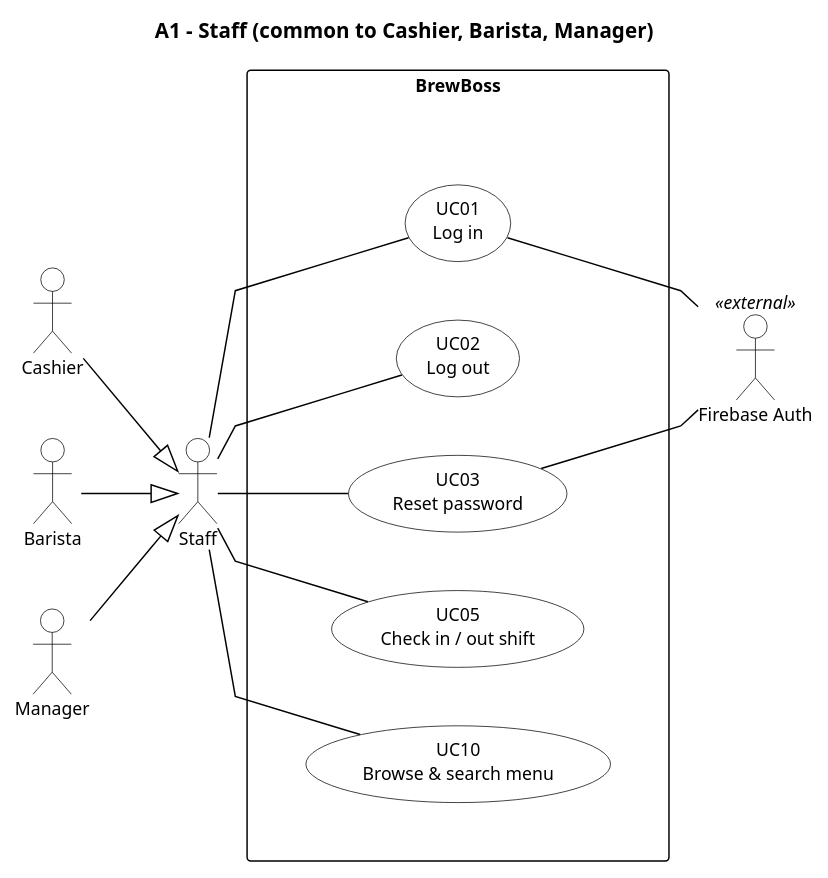
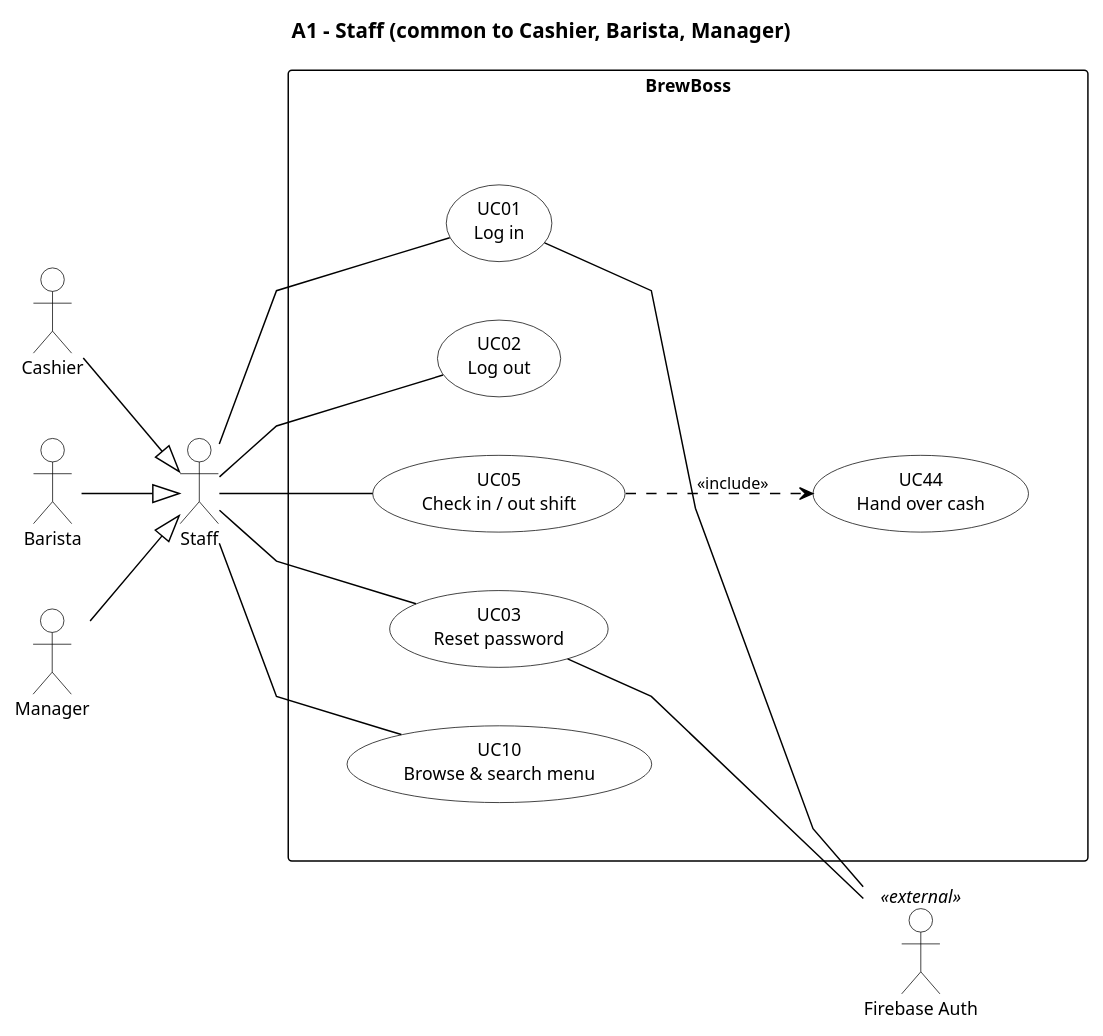
Before and after one commit to huytran303/CafeManagementSystem: the diagram in docs/diagrams/A1_Staff.puml, drawn with PlantUML. The commit also changed 23 other files, not shown here.

```diff
--- a/docs/diagrams/A1_Staff.puml
+++ b/docs/diagrams/A1_Staff.puml
@@ -1,64 +1,67 @@
 @startuml BB_A1_Staff
 left to right direction
 skinparam linetype polyline
 skinparam nodesep 40
 skinparam ranksep 60
 skinparam backgroundColor White
 skinparam shadowing false
 skinparam defaultFontName Helvetica
 skinparam defaultFontSize 12
 skinparam ArrowColor Black
 skinparam ArrowFontSize 11
 skinparam actor {
   BackgroundColor White
   BorderColor Black
 }
 skinparam usecase {
   BackgroundColor White
   BorderColor Black
 }
 skinparam rectangle {
   BackgroundColor White
   BorderColor Black
 }
 skinparam package {
   BackgroundColor White
   BorderColor Black
 }
 ' inner frame: invisible, only adds padding inside the system boundary
 skinparam rectangle<<inner>> {
   BorderColor Transparent
   FontColor Transparent
 }
 hide <<inner>> stereotype
 
 title A1 - Staff (common to Cashier, Barista, Manager)
 actor "Staff" as STAFF
 actor "Cashier" as CAS
 actor "Barista" as BAR
 actor "Manager" as MGR
 actor "Firebase Auth" as FAUTH <<external>>
 
 CAS --|> STAFF
 BAR --|> STAFF
 MGR --|> STAFF
 
 rectangle "BrewBoss" {
   rectangle " " <<inner>> {
     usecase "UC01\nLog in" as UC01
     usecase "UC02\nLog out" as UC02
     usecase "UC03\nReset password" as UC03
     usecase "UC05\nCheck in / out shift" as UC05
     usecase "UC10\nBrowse & search menu" as UC10
+    usecase "UC44\nHand over cash" as UC44
   }
 }
 
 STAFF -- UC01
 STAFF -- UC02
 STAFF -- UC03
 STAFF -- UC05
 STAFF -- UC10
 
+UC05 ..> UC44 : <<include>>
+
 UC01 -- FAUTH
 UC03 -- FAUTH
 @enduml
```
